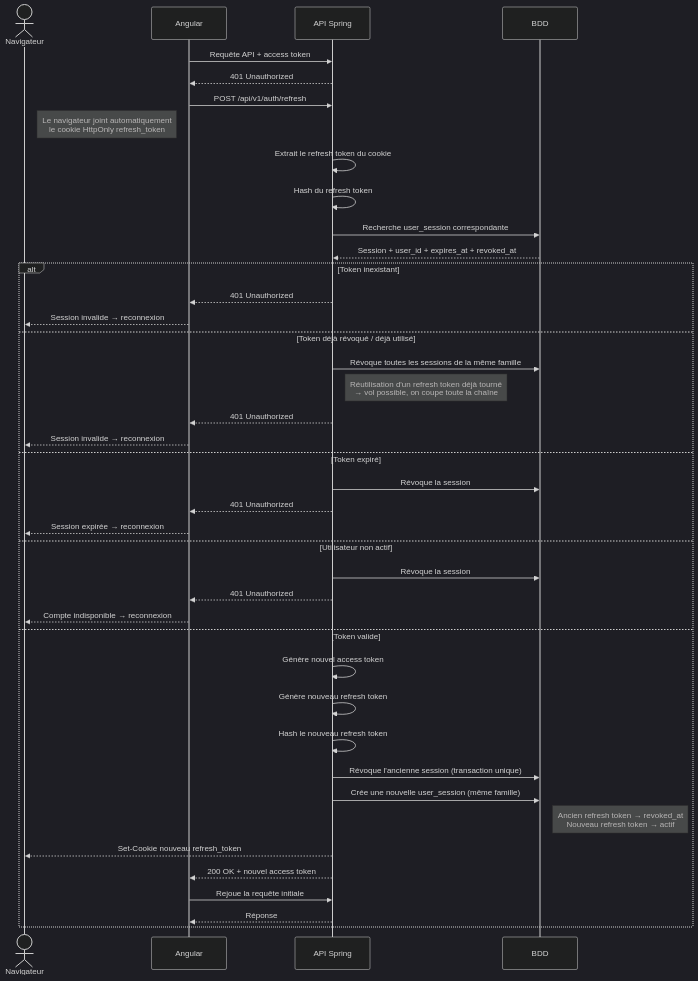
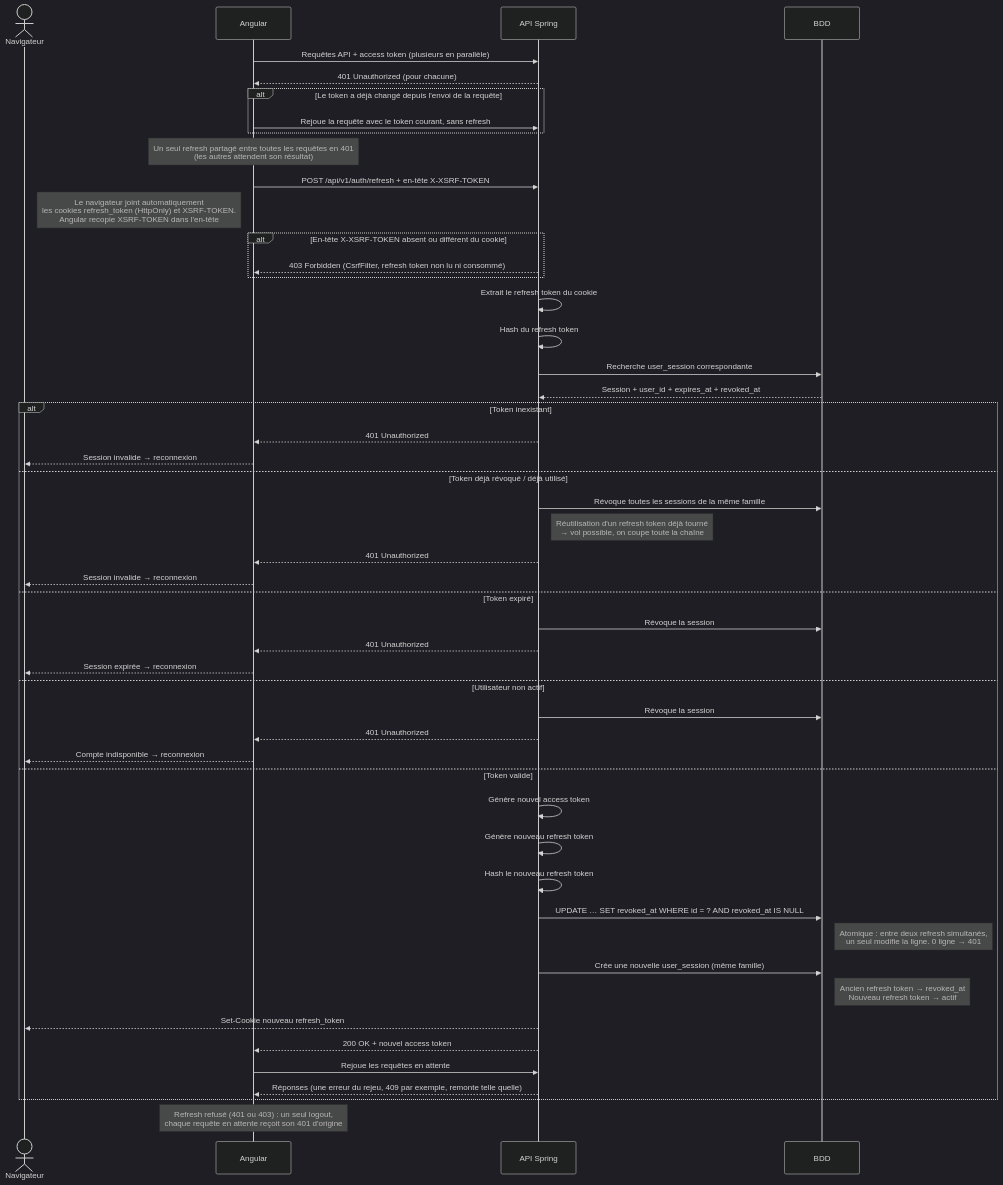
One commit to Franck1vlt/Parkyn changed the first of 2 diagrams in docs/diagrams/refresh.md. Above: the diagram before and after it, drawn with Mermaid (dark theme). The commit also changed other lines of this file and 21 other files, not shown here.

Commit message:
Protection CSRF du refresh token

````diff
--- a/docs/diagrams/refresh.md
+++ b/docs/diagrams/refresh.md
@@ -3,48 +3,58 @@
 ```mermaid
 sequenceDiagram
 actor Navigateur
 participant Angular
 participant API as API Spring
 participant BDD
 
-    Angular->>API: Requête API + access token
-    API-->>Angular: 401 Unauthorized
-    Angular->>API: POST /api/v1/auth/refresh
-    Note right of Navigateur: Le navigateur joint automatiquement<br/>le cookie HttpOnly refresh_token
+    Angular->>API: Requêtes API + access token (plusieurs en parallèle)
+    API-->>Angular: 401 Unauthorized (pour chacune)
+    alt Le token a déjà changé depuis l'envoi de la requête
+        Angular->>API: Rejoue la requête avec le token courant, sans refresh
+    end
+    Note over Angular: Un seul refresh partagé entre toutes les requêtes en 401<br/>(les autres attendent son résultat)
+    Angular->>API: POST /api/v1/auth/refresh + en-tête X-XSRF-TOKEN
+    Note right of Navigateur: Le navigateur joint automatiquement<br/>les cookies refresh_token (HttpOnly) et XSRF-TOKEN.<br/>Angular recopie XSRF-TOKEN dans l'en-tête
+
+    alt En-tête X-XSRF-TOKEN absent ou différent du cookie
+        API-->>Angular: 403 Forbidden (CsrfFilter, refresh token non lu ni consommé)
+    end
 
     API->>API: Extrait le refresh token du cookie
     API->>API: Hash du refresh token
     API->>BDD: Recherche user_session correspondante
     BDD-->>API: Session + user_id + expires_at + revoked_at
 
     alt Token inexistant
         API-->>Angular: 401 Unauthorized
         Angular-->>Navigateur: Session invalide → reconnexion
     else Token déjà révoqué / déjà utilisé
         API->>BDD: Révoque toutes les sessions de la même famille
         Note right of API: Réutilisation d'un refresh token déjà tourné<br/>→ vol possible, on coupe toute la chaîne
         API-->>Angular: 401 Unauthorized
         Angular-->>Navigateur: Session invalide → reconnexion
     else Token expiré
         API->>BDD: Révoque la session
         API-->>Angular: 401 Unauthorized
         Angular-->>Navigateur: Session expirée → reconnexion
     else Utilisateur non actif
         API->>BDD: Révoque la session
         API-->>Angular: 401 Unauthorized
         Angular-->>Navigateur: Compte indisponible → reconnexion
     else Token valide
         API->>API: Génère nouvel access token
         API->>API: Génère nouveau refresh token
         API->>API: Hash le nouveau refresh token
 
-        API->>BDD: Révoque l'ancienne session (transaction unique)
+        API->>BDD: UPDATE … SET revoked_at WHERE id = ? AND revoked_at IS NULL
+        Note right of BDD: Atomique : entre deux refresh simultanés,<br/>un seul modifie la ligne. 0 ligne → 401
         API->>BDD: Crée une nouvelle user_session (même famille)
         Note right of BDD: Ancien refresh token → revoked_at<br/>Nouveau refresh token → actif
 
         API-->>Navigateur: Set-Cookie nouveau refresh_token
         API-->>Angular: 200 OK + nouvel access token
-        Angular->>API: Rejoue la requête initiale
-        API-->>Angular: Réponse
+        Angular->>API: Rejoue les requêtes en attente
+        API-->>Angular: Réponses (une erreur du rejeu, 409 par exemple, remonte telle quelle)
     end
+    Note over Angular: Refresh refusé (401 ou 403) : un seul logout,<br/>chaque requête en attente reçoit son 401 d'origine
 ```
````
